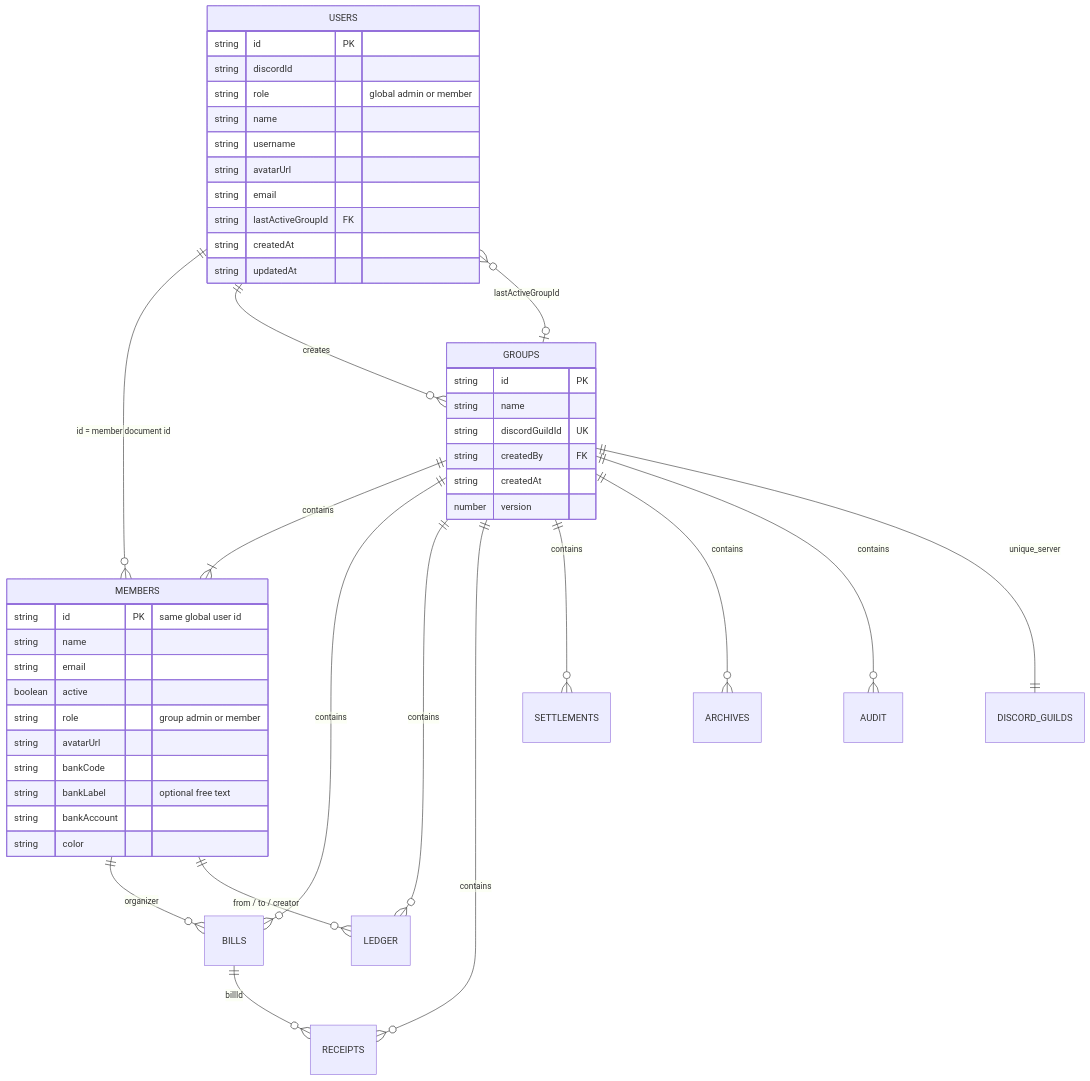
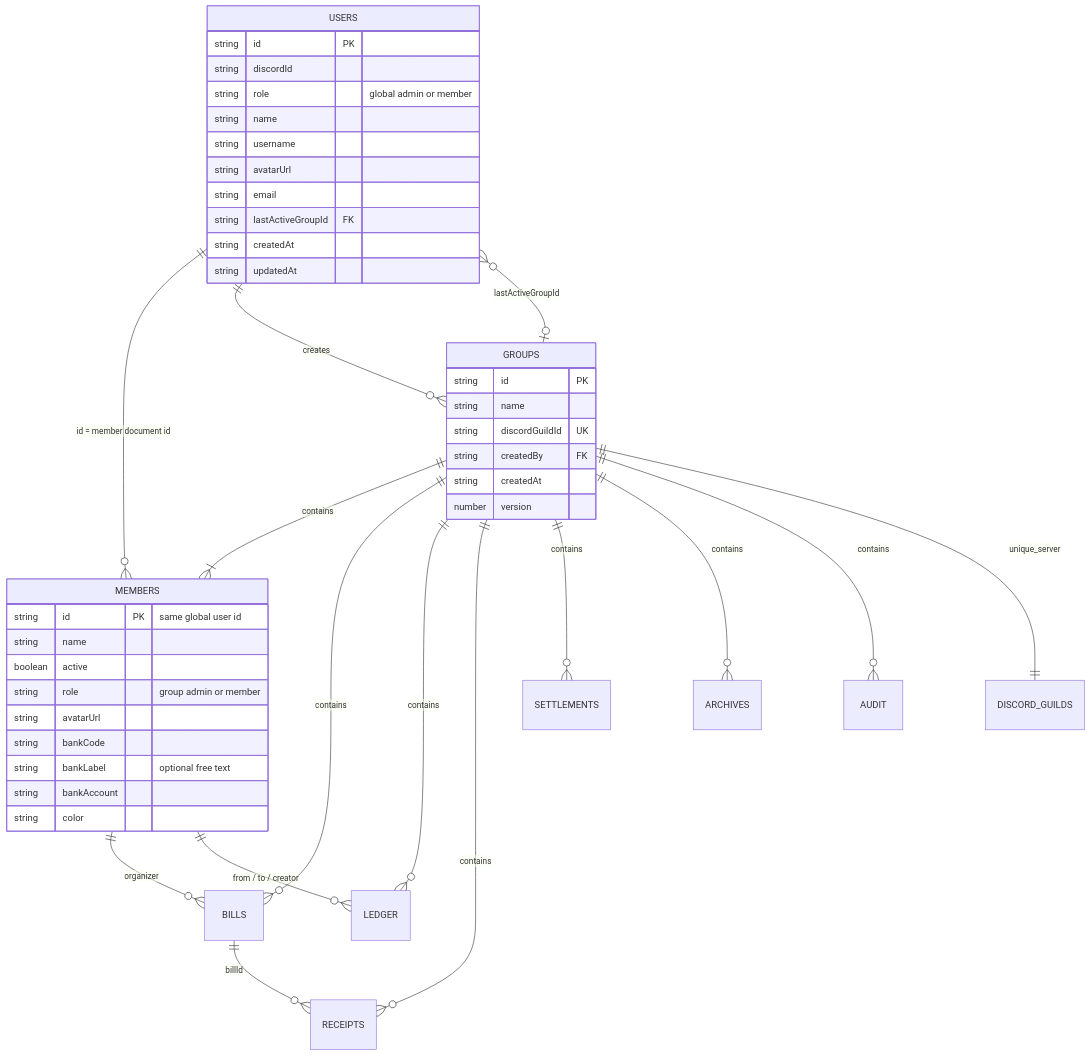
Before and after one commit to dqhieuu/split-food-bill: the second of 2 diagrams in docs/integrations.md, drawn with Mermaid. The commit also changed other lines of this file and 11 other files, not shown here.

````diff
--- a/docs/integrations.md
+++ b/docs/integrations.md
@@ -39,49 +39,48 @@
 ```mermaid
 erDiagram
     USERS ||--o{ MEMBERS : "id = member document id"
     USERS ||--o{ GROUPS : creates
     USERS }o--o| GROUPS : lastActiveGroupId
     GROUPS ||--|{ MEMBERS : contains
     GROUPS ||--o{ BILLS : contains
     GROUPS ||--o{ LEDGER : contains
     GROUPS ||--o{ RECEIPTS : contains
     GROUPS ||--o{ SETTLEMENTS : contains
     GROUPS ||--o{ ARCHIVES : contains
     GROUPS ||--o{ AUDIT : contains
     GROUPS ||--|| DISCORD_GUILDS : unique_server
     MEMBERS ||--o{ BILLS : organizer
     MEMBERS ||--o{ LEDGER : "from / to / creator"
     BILLS ||--o{ RECEIPTS : billId
     USERS {
         string id PK
         string discordId
         string role "global admin or member"
         string name
         string username
         string avatarUrl
         string email
         string lastActiveGroupId FK
         string createdAt
         string updatedAt
     }
     GROUPS {
         string id PK
         string name
         string discordGuildId UK
         string createdBy FK
         string createdAt
         number version
     }
     MEMBERS {
         string id PK "same global user id"
         string name
-        string email
         boolean active
         string role "group admin or member"
         string avatarUrl
         string bankCode
         string bankLabel "optional free text"
         string bankAccount
         string color
     }
 ```
````
